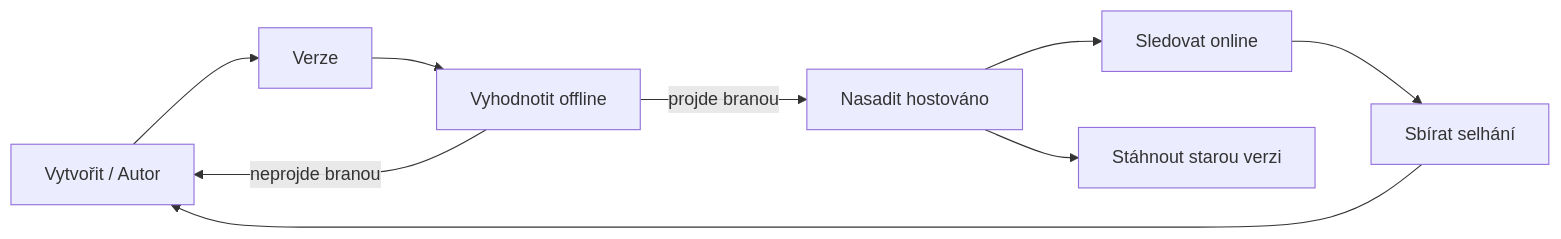
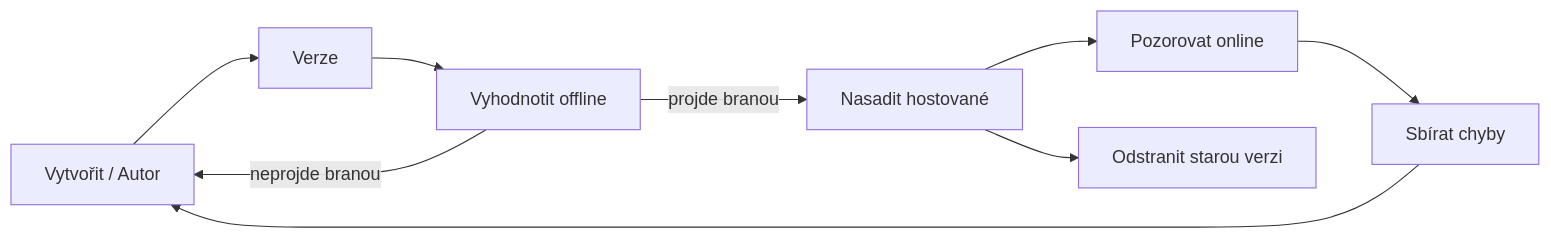
One commit to microsoft/ai-agents-for-beginners changed the second of 4 diagrams in translations/cs/16-deploying-scalable-agents/README.md. Above: the diagram before and after it, drawn with Mermaid. The commit also changed other lines of this file and 47 other files, not shown here.

````diff
--- a/translations/cs/16-deploying-scalable-agents/README.md
+++ b/translations/cs/16-deploying-scalable-agents/README.md
@@ -108,11 +108,11 @@
 ```mermaid
 flowchart LR
     Create[Vytvořit / Autor] --> Version[Verze]
     Version --> Evaluate[Vyhodnotit offline]
-    Evaluate -->|projde branou| Deploy[Nasadit hostováno]
+    Evaluate -->|projde branou| Deploy[Nasadit hostované]
     Evaluate -->|neprojde branou| Create
-    Deploy --> Observe[Sledovat online]
-    Observe --> Improve[Sbírat selhání]
+    Deploy --> Observe[Pozorovat online]
+    Observe --> Improve[Sbírat chyby]
     Improve --> Create
-    Deploy --> Retire[Stáhnout starou verzi]
+    Deploy --> Retire[Odstranit starou verzi]
 ```
````
